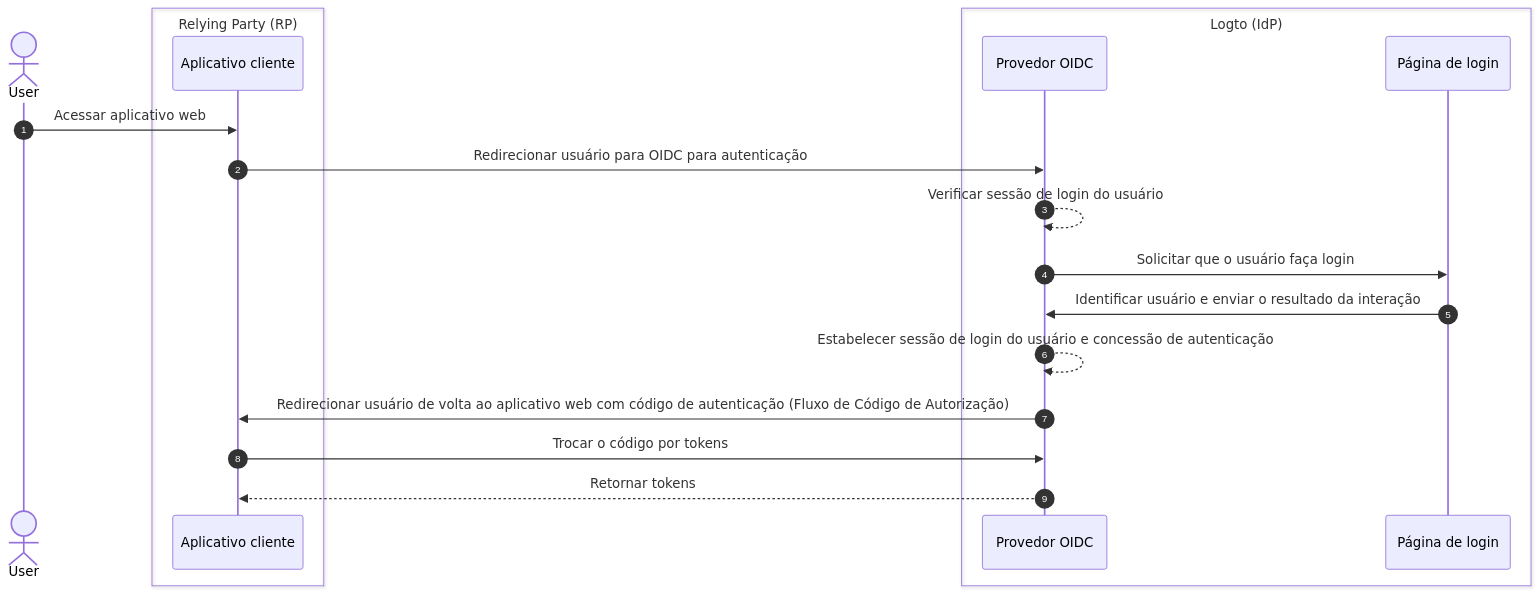
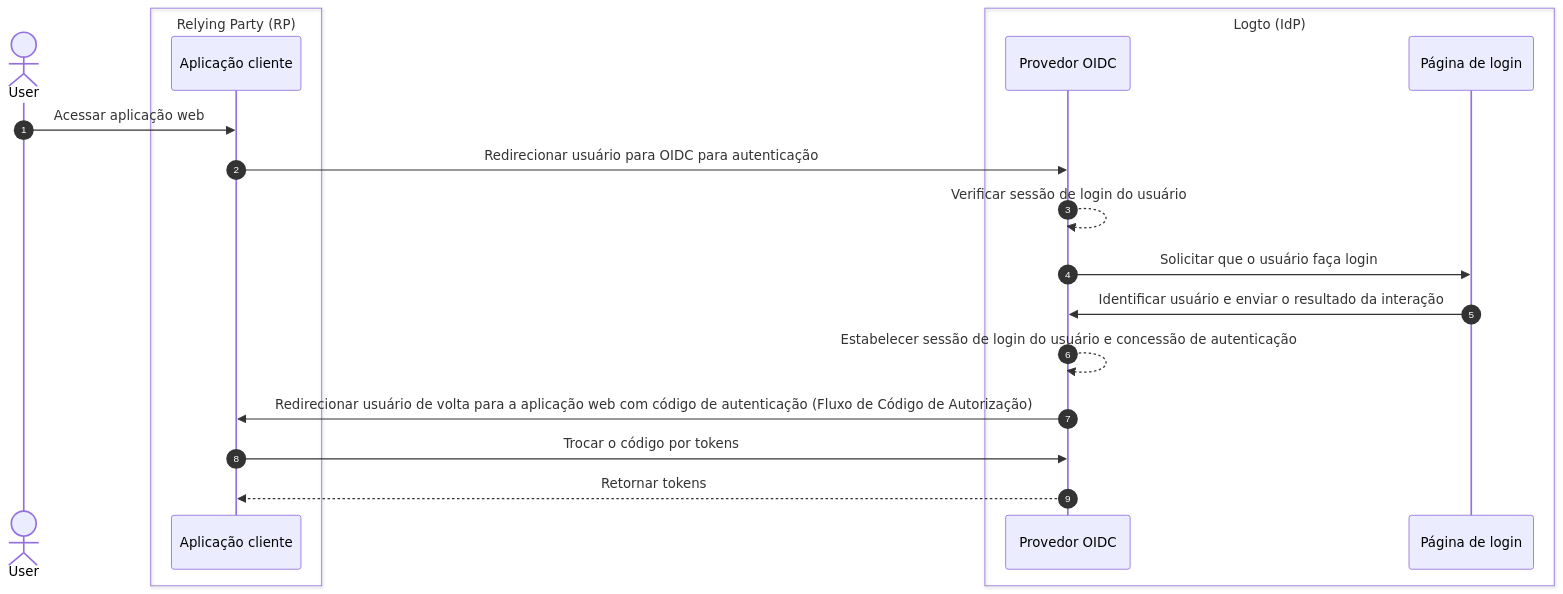
Before and after one commit to logto-io/docs: the first of 3 diagrams in i18n/pt-BR/docusaurus-plugin-content-docs/current/end-user-flows/sign-out.mdx, drawn with Mermaid. The commit also changed other lines of this file and 428 other files, not shown here.

````diff
--- a/i18n/pt-BR/docusaurus-plugin-content-docs/current/end-user-flows/sign-out.mdx
+++ b/i18n/pt-BR/docusaurus-plugin-content-docs/current/end-user-flows/sign-out.mdx
@@ -13,24 +13,24 @@
 ```mermaid
   sequenceDiagram
     autonumber
     actor User
 
     box Relying Party (RP)
-      participant Client as Aplicativo cliente
+      participant Client as Aplicação cliente
     end
 
     box Logto (IdP)
       participant OIDC as Provedor OIDC
       participant SignIn as Página de login
     end
 
-    User ->> Client: Acessar aplicativo web
+    User ->> Client: Acessar aplicação web
     Client ->> OIDC: Redirecionar usuário para OIDC para autenticação
     OIDC -->> OIDC: Verificar sessão de login do usuário
     OIDC ->> SignIn: Solicitar que o usuário faça login
     SignIn ->> OIDC: Identificar usuário e enviar o resultado da interação
     OIDC -->> OIDC: Estabelecer sessão de login do usuário e concessão de autenticação
-    OIDC ->> Client: Redirecionar usuário de volta ao aplicativo web com código de autenticação (Fluxo de Código de Autorização)
+    OIDC ->> Client: Redirecionar usuário de volta para a aplicação web com código de autenticação (Fluxo de Código de Autorização)
     Client ->> OIDC: Trocar o código por tokens
     OIDC -->> Client: Retornar tokens
 ```
````
